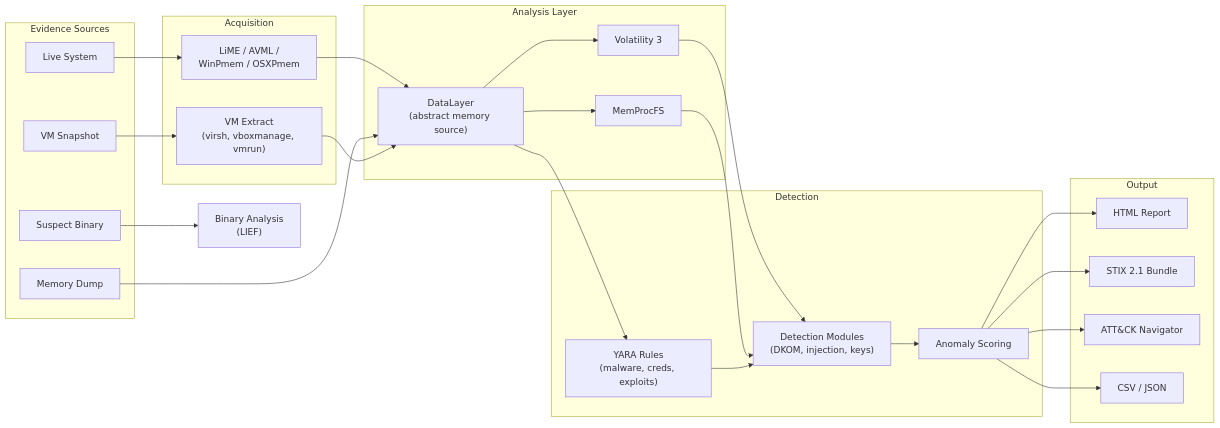
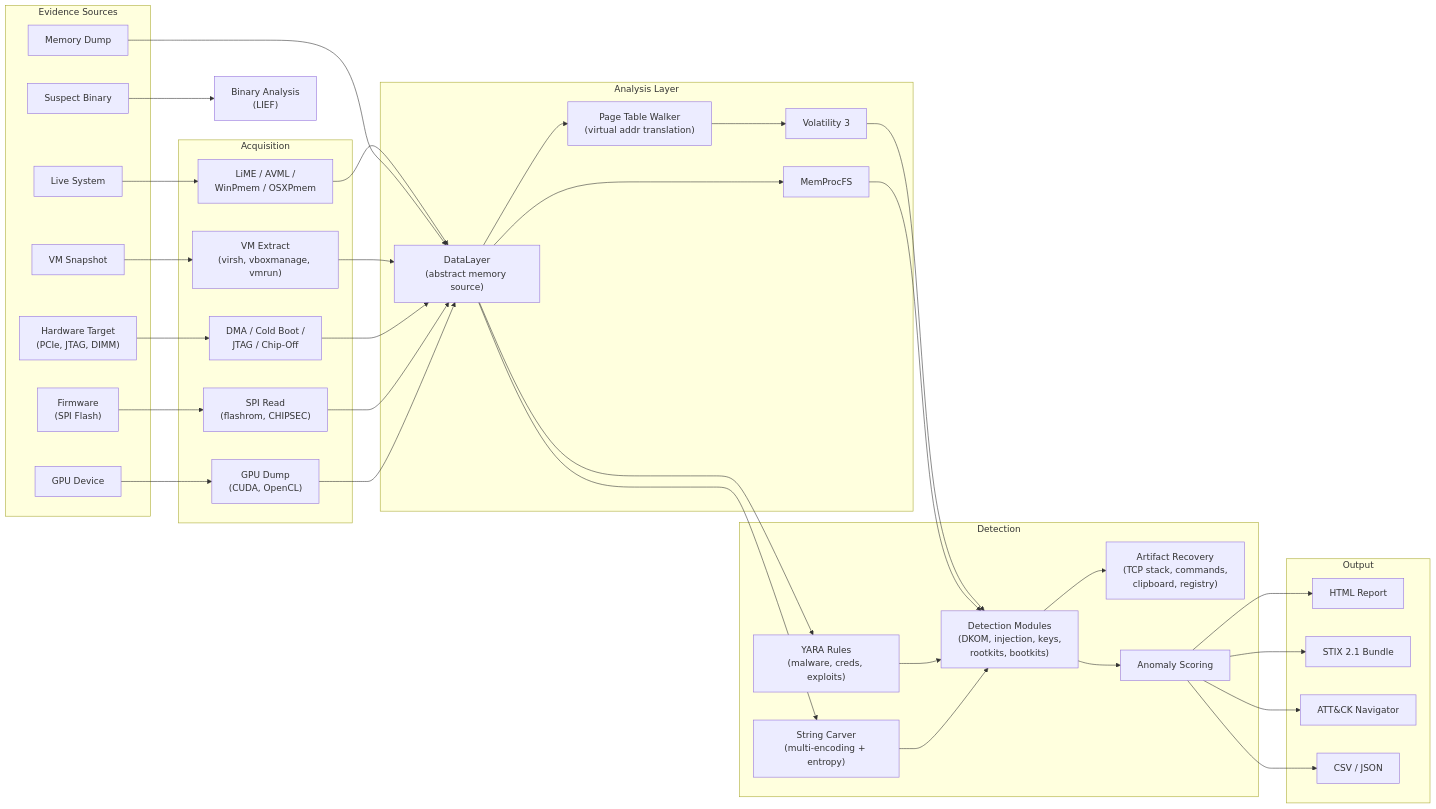
One commit to sonoransun/deepview changed the second of 11 diagrams in README.md. Above: the diagram before and after it, drawn with Mermaid. The commit also changed other lines of this file and 23 other files, not shown here.

````diff
--- a/README.md
+++ b/README.md
@@ -123,48 +161,62 @@
 ```mermaid
 flowchart LR
     subgraph Sources["Evidence Sources"]
         LIVE["Live System"]
         DUMP["Memory Dump"]
         VMSNAP["VM Snapshot"]
         BIN["Suspect Binary"]
+        HW["Hardware Target<br/>(PCIe, JTAG, DIMM)"]
+        FW["Firmware<br/>(SPI Flash)"]
+        GPUD["GPU Device"]
     end
 
     subgraph Acquire["Acquisition"]
         A1["LiME / AVML /<br/>WinPmem / OSXPmem"]
         A2["VM Extract<br/>(virsh, vboxmanage, vmrun)"]
+        A3["DMA / Cold Boot /<br/>JTAG / Chip-Off"]
+        A4["SPI Read<br/>(flashrom, CHIPSEC)"]
+        A5["GPU Dump<br/>(CUDA, OpenCL)"]
     end
 
     subgraph Analyze["Analysis Layer"]
         DL["DataLayer<br/>(abstract memory source)"]
+        PTW["Page Table Walker<br/>(virtual addr translation)"]
         V3["Volatility 3"]
         MFS["MemProcFS"]
     end
 
     subgraph Detect["Detection"]
         YARA["YARA Rules<br/>(malware, creds, exploits)"]
-        DET["Detection Modules<br/>(DKOM, injection, keys)"]
+        STRCAR["String Carver<br/>(multi-encoding + entropy)"]
+        DET["Detection Modules<br/>(DKOM, injection, keys,<br/>rootkits, bootkits)"]
+        ARTIF["Artifact Recovery<br/>(TCP stack, commands,<br/>clipboard, registry)"]
         SCORE["Anomaly Scoring"]
     end
 
     subgraph Report["Output"]
         HTML["HTML Report"]
         STIXO["STIX 2.1 Bundle"]
         NAV["ATT&CK Navigator"]
         CSV["CSV / JSON"]
     end
 
     LIVE --> A1 --> DL
     DUMP --> DL
     VMSNAP --> A2 --> DL
+    HW --> A3 --> DL
+    FW --> A4 --> DL
+    GPUD --> A5 --> DL
     BIN --> BA2["Binary Analysis<br/>(LIEF)"]
 
-    DL --> V3 --> DET
+    DL --> PTW --> V3 --> DET
     DL --> MFS --> DET
     DL --> YARA --> DET
+    DL --> STRCAR --> DET
+    DET --> ARTIF
     DET --> SCORE
 
     SCORE --> HTML
     SCORE --> STIXO
     SCORE --> NAV
     SCORE --> CSV
 ```
````
